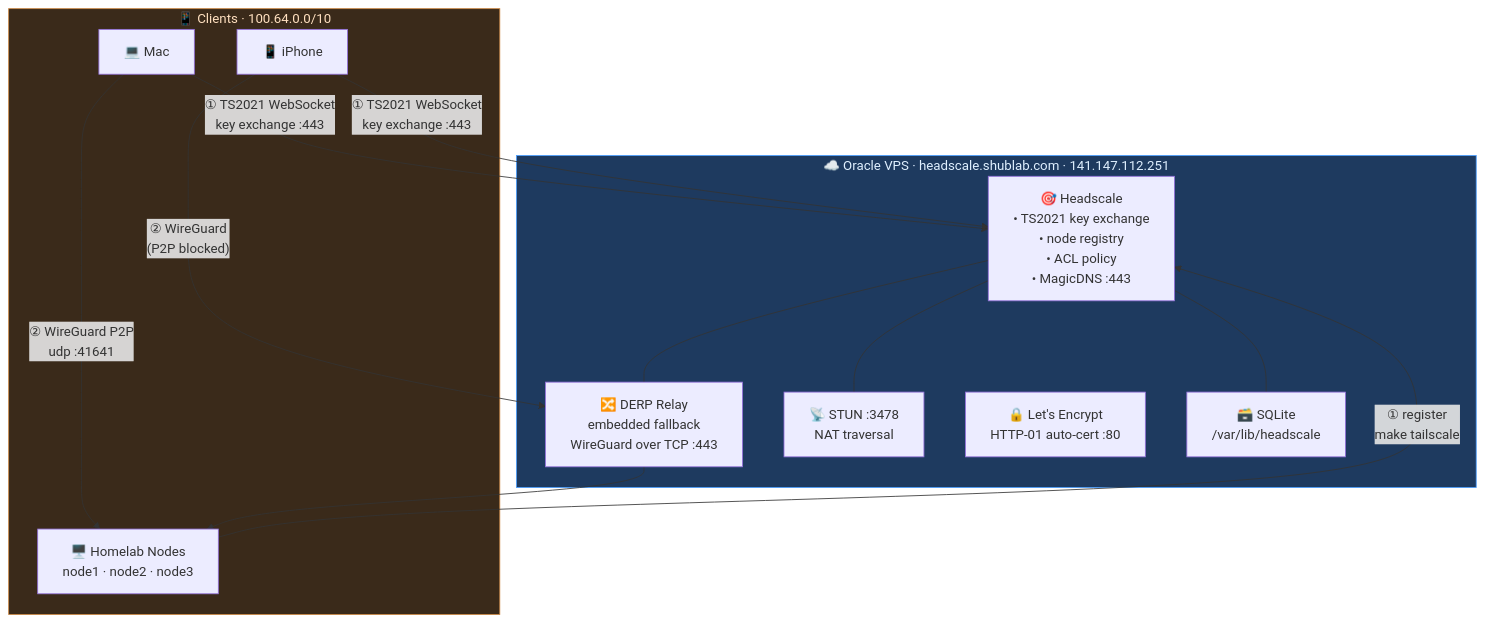
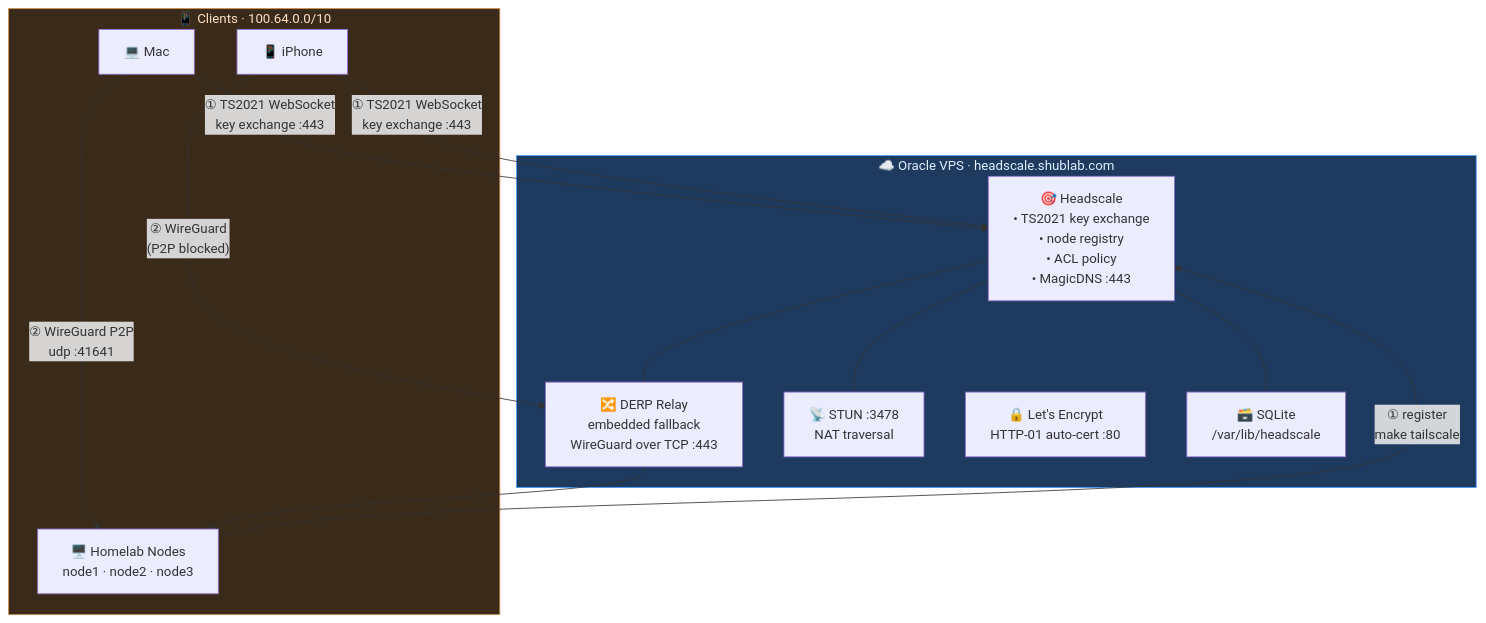
One commit to shubhamwagh/homeops changed the diagram in vps/headscale/README.md. Above: the diagram before and after it, drawn with Mermaid. The commit also changed 1 other file, not shown here.

Commit message:
docs: remove VPS public IP from READMEs

````diff
--- a/vps/headscale/README.md
+++ b/vps/headscale/README.md
@@ -10,29 +10,29 @@
 ```mermaid
 flowchart TD
-    subgraph vps["☁️ Oracle VPS  ·  headscale.shublab.com  ·  141.147.112.251"]
+    subgraph vps["☁️ Oracle VPS  ·  headscale.shublab.com"]
         HS["🎯 Headscale\n• TS2021 key exchange\n• node registry\n• ACL policy\n• MagicDNS :443"]
         DERP["🔀 DERP Relay\nembedded fallback\nWireGuard over TCP :443"]
         STUN["📡 STUN :3478\nNAT traversal"]
         LE["🔒 Let's Encrypt\nHTTP-01 auto-cert :80"]
         DB["🗃️ SQLite\n/var/lib/headscale"]
         HS --- DERP
         HS --- STUN
         HS --- DB
     end
 
     subgraph clients["📱 Clients  ·  100.64.0.0/10"]
         MAC["💻 Mac"]
         IPHONE["📱 iPhone"]
         NODES["🖥️ Homelab Nodes\nnode1 · node2 · node3"]
     end
 
     MAC -- "① TS2021 WebSocket\nkey exchange :443" --> HS
     IPHONE -- "① TS2021 WebSocket\nkey exchange :443" --> HS
     NODES -- "① register\nmake tailscale" --> HS
 
     MAC -- "② WireGuard P2P\nudp :41641" --> NODES
     IPHONE -- "② WireGuard\n(P2P blocked)" --> DERP --> NODES
 
     style vps fill:#1e3a5f,stroke:#4a9eff,color:#e0f0ff
     style clients fill:#3a2a1a,stroke:#cc8844,color:#ffe0c0
 ```
````
